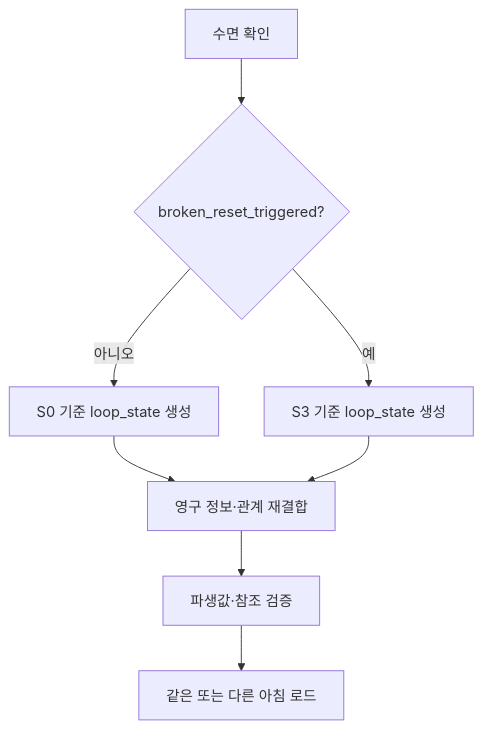
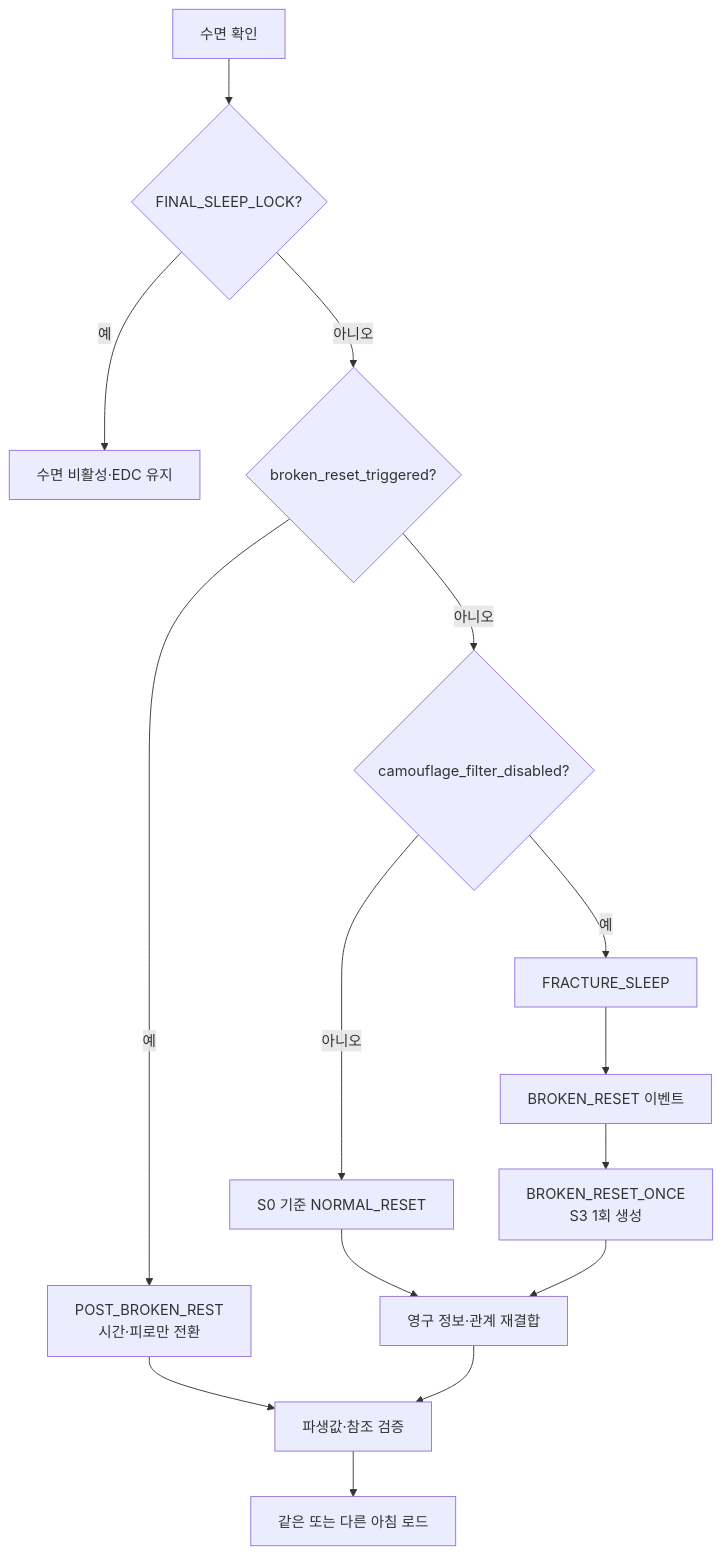
The diagram in ideas/md/v04/17_상태변수_이벤트ID_Godot데이터구조.md (devb-eru/ggb), drawn with Mermaid before and after one commit. The commit also changed other lines of this file, not shown here.

````diff
--- a/ideas/md/v04/17_상태변수_이벤트ID_Godot데이터구조.md
+++ b/ideas/md/v04/17_상태변수_이벤트ID_Godot데이터구조.md
@@ -497,10 +539,17 @@
 ```mermaid
 flowchart TD
-    S["수면 확인"] --> C{"broken_reset_triggered?"}
-    C -- "아니오" --> N["S0 기준 loop_state 생성"]
-    C -- "예" --> B["S3 기준 loop_state 생성"]
+    S["수면 확인"] --> F{"FINAL_SLEEP_LOCK?"}
+    F -- "예" --> L["수면 비활성·EDC 유지"]
+    F -- "아니오" --> B{"broken_reset_triggered?"}
+    B -- "예" --> R["POST_BROKEN_REST<br/>시간·피로만 전환"]
+    B -- "아니오" --> C{"camouflage_filter_disabled?"}
+    C -- "예" --> FS["FRACTURE_SLEEP"]
+    FS --> BR["BROKEN_RESET 이벤트"]
+    BR --> O["BROKEN_RESET_ONCE<br/>S3 1회 생성"]
+    C -- "아니오" --> N["S0 기준 NORMAL_RESET"]
     N --> P["영구 정보·관계 재결합"]
-    B --> P
-    P --> V["파생값·참조 검증"]
+    O --> P
+    R --> V["파생값·참조 검증"]
+    P --> V
     V --> M["같은 또는 다른 아침 로드"]
 ```
````
